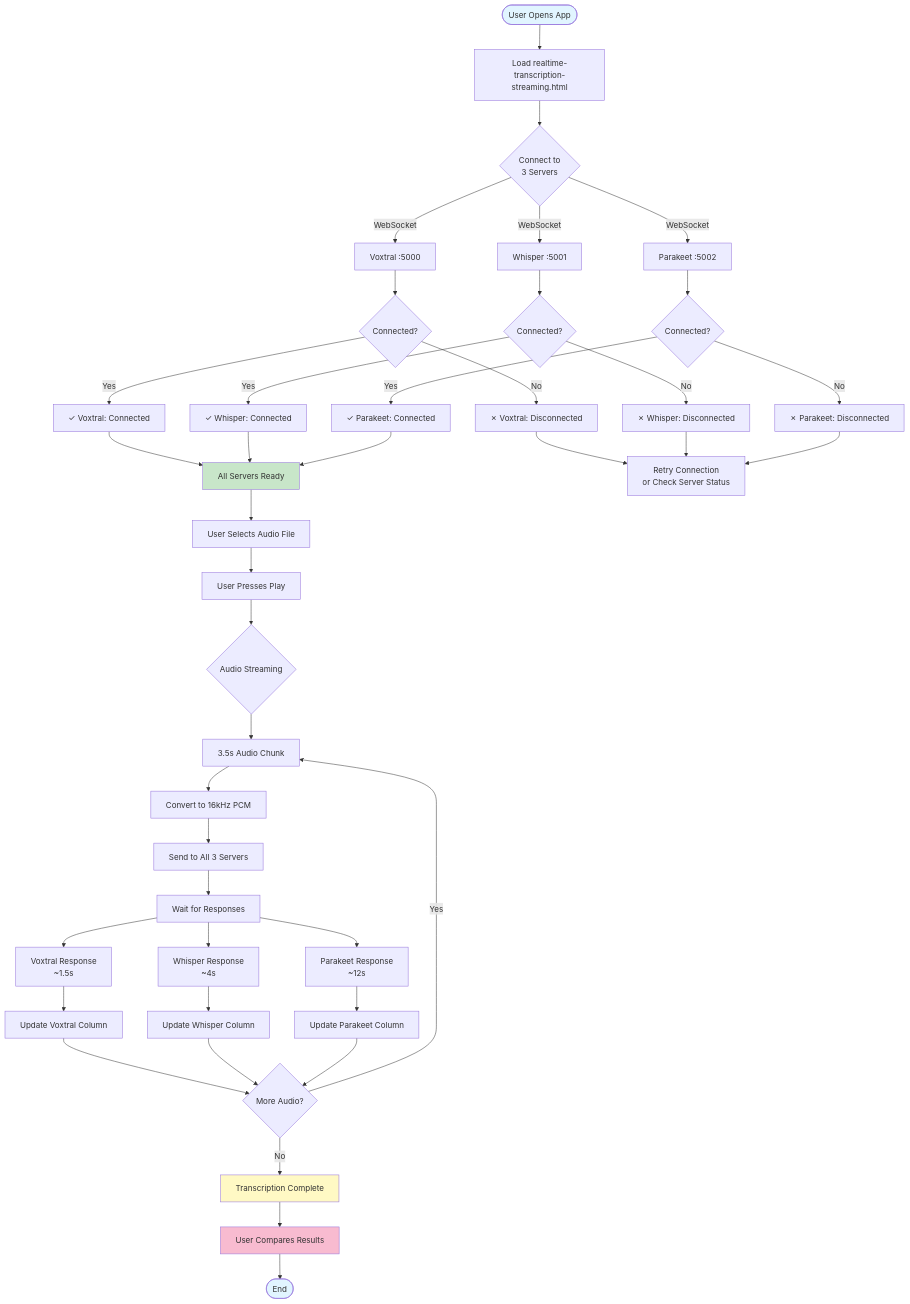
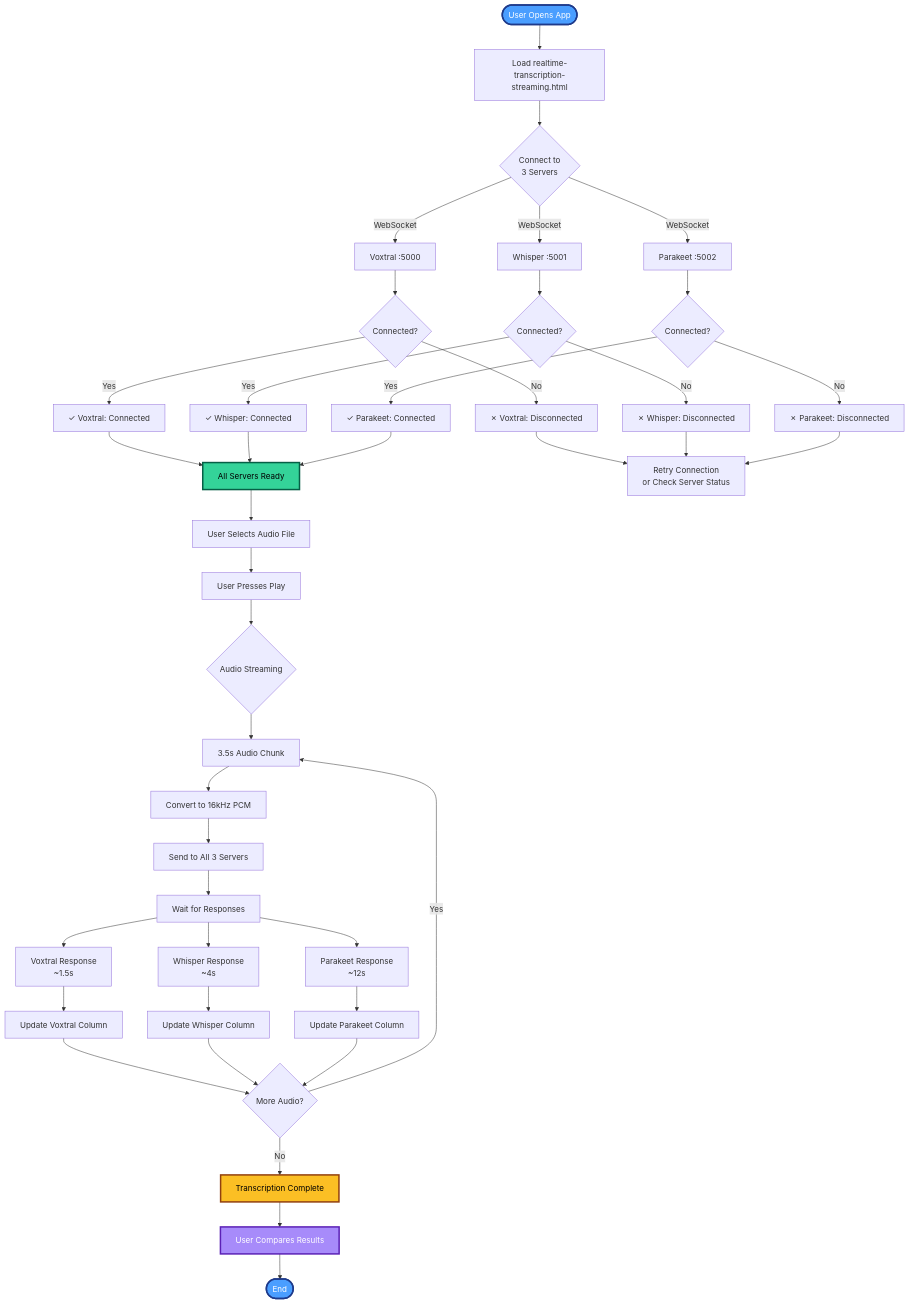
One commit to gjovanov/speech2text changed the diagram in assets/realtime-streaming-flow.mmd. Above: the diagram before and after it, drawn with Mermaid. The commit also changed 10 other files, not shown here.

Commit message:
dark mode friednly diagramms

```diff
--- a/assets/realtime-streaming-flow.mmd
+++ b/assets/realtime-streaming-flow.mmd
@@ -1,54 +1,54 @@
 flowchart TD
     Start([User Opens App]) --> LoadPage[Load realtime-transcription-streaming.html]
     LoadPage --> Connect{Connect to<br/>3 Servers}
 
     Connect -->|WebSocket| Server1[Voxtral :5000]
     Connect -->|WebSocket| Server2[Whisper :5001]
     Connect -->|WebSocket| Server3[Parakeet :5002]
 
     Server1 --> Check1{Connected?}
     Server2 --> Check2{Connected?}
     Server3 --> Check3{Connected?}
 
     Check1 -->|Yes| Status1[✓ Voxtral: Connected]
     Check1 -->|No| Error1[✗ Voxtral: Disconnected]
     Check2 -->|Yes| Status2[✓ Whisper: Connected]
     Check2 -->|No| Error2[✗ Whisper: Disconnected]
     Check3 -->|Yes| Status3[✓ Parakeet: Connected]
     Check3 -->|No| Error3[✗ Parakeet: Disconnected]
 
     Status1 & Status2 & Status3 --> AllReady[All Servers Ready]
     AllReady --> SelectAudio[User Selects Audio File]
 
     SelectAudio --> Play[User Presses Play]
     Play --> Stream{Audio Streaming}
 
     Stream --> Chunk[3.5s Audio Chunk]
     Chunk --> Process[Convert to 16kHz PCM]
     Process --> SendAll[Send to All 3 Servers]
 
     SendAll --> Wait[Wait for Responses]
 
     Wait --> R1[Voxtral Response<br/>~1.5s]
     Wait --> R2[Whisper Response<br/>~4s]
     Wait --> R3[Parakeet Response<br/>~12s]
 
     R1 --> Display1[Update Voxtral Column]
     R2 --> Display2[Update Whisper Column]
     R3 --> Display3[Update Parakeet Column]
 
     Display1 & Display2 & Display3 --> Continue{More Audio?}
 
     Continue -->|Yes| Chunk
     Continue -->|No| Complete[Transcription Complete]
 
     Complete --> Compare[User Compares Results]
     Compare --> End([End])
 
     Error1 & Error2 & Error3 --> Retry[Retry Connection<br/>or Check Server Status]
 
-    style Start fill:#e1f5ff
-    style AllReady fill:#c8e6c9
-    style Complete fill:#fff9c4
-    style Compare fill:#f8bbd0
-    style End fill:#e1f5ff
+    style Start fill:#4a9eff,stroke:#1e3a8a,stroke-width:3px,color:#fff
+    style AllReady fill:#34d399,stroke:#065f46,stroke-width:3px,color:#000
+    style Complete fill:#fbbf24,stroke:#92400e,stroke-width:3px,color:#000
+    style Compare fill:#a78bfa,stroke:#5b21b6,stroke-width:3px,color:#fff
+    style End fill:#4a9eff,stroke:#1e3a8a,stroke-width:3px,color:#fff
```
